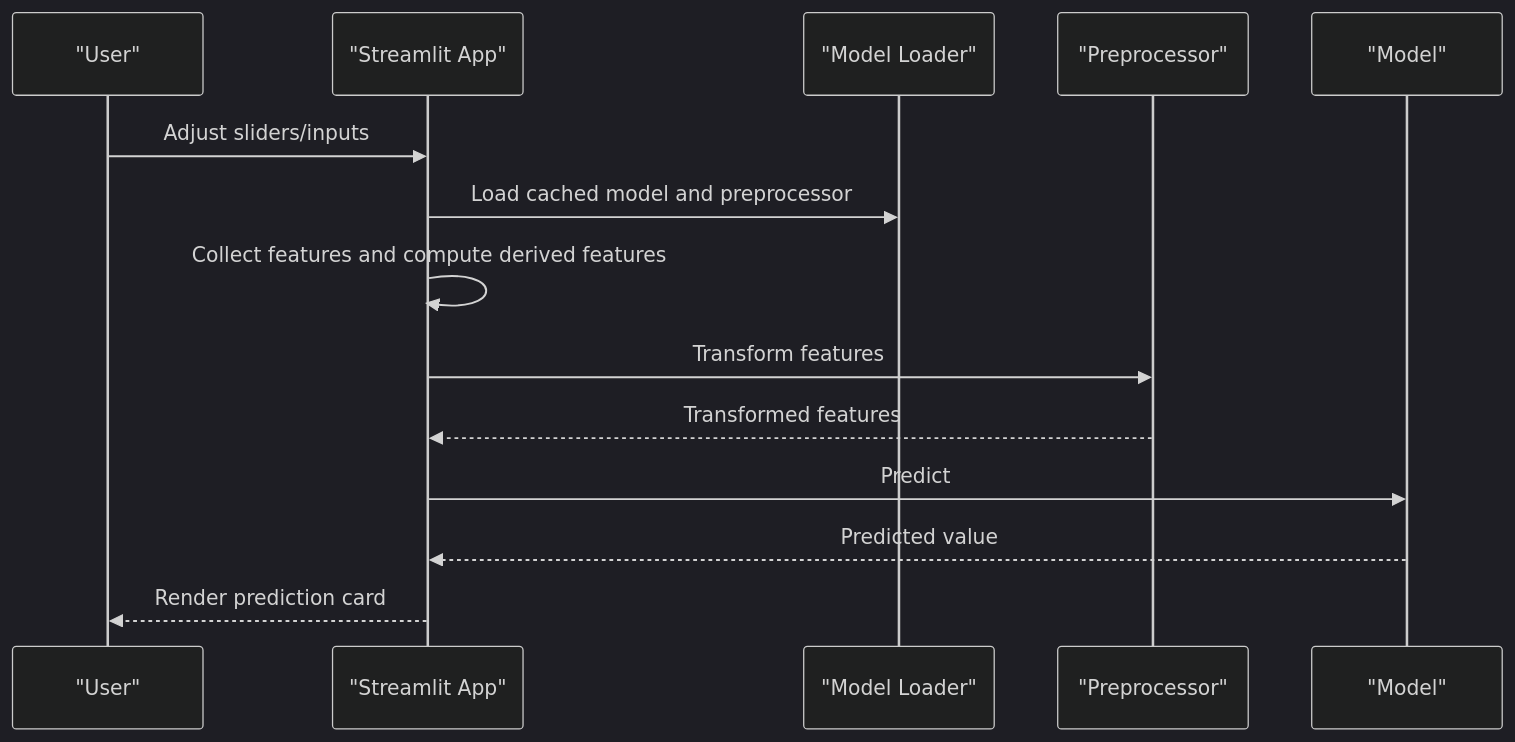
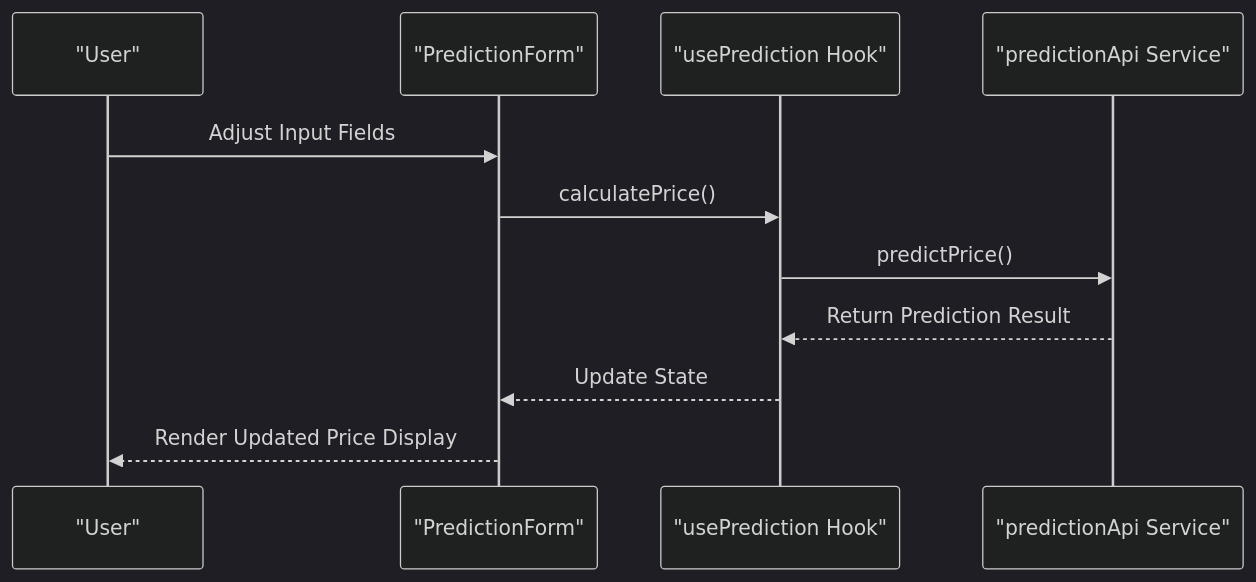
Before and after one commit to tashkirrr/housing-price-prediction: the fourth of 5 diagrams in .qoder/repowiki/en/content/Web Application.md, drawn with Mermaid (dark theme). The commit also changed other lines of this file and 7 other files, not shown here.

First line of the commit message:
feat(web): replace Streamlit app with React + Vite + TailwindCSS implementation

````diff
--- a/.qoder/repowiki/en/content/Web Application.md
+++ b/.qoder/repowiki/en/content/Web Application.md
@@ -197,16 +205,13 @@
 ```mermaid
 sequenceDiagram
 participant U as "User"
-participant S as "Streamlit App"
-participant M as "Model Loader"
-participant P as "Preprocessor"
-participant MD as "Model"
-U->>S : Adjust sliders/inputs
-S->>M : Load cached model and preprocessor
-S->>S : Collect features and compute derived features
-S->>P : Transform features
-P-->>S : Transformed features
-S->>MD : Predict
-MD-->>S : Predicted value
-S-->>U : Render prediction card
+participant PF as "PredictionForm"
+participant HP as "usePrediction Hook"
+participant PA as "predictionApi Service"
+U->>PF : Adjust Input Fields
+PF->>HP : calculatePrice()
+HP->>PA : predictPrice()
+PA-->>HP : Return Prediction Result
+HP-->>PF : Update State
+PF-->>U : Render Updated Price Display
 ```
````
